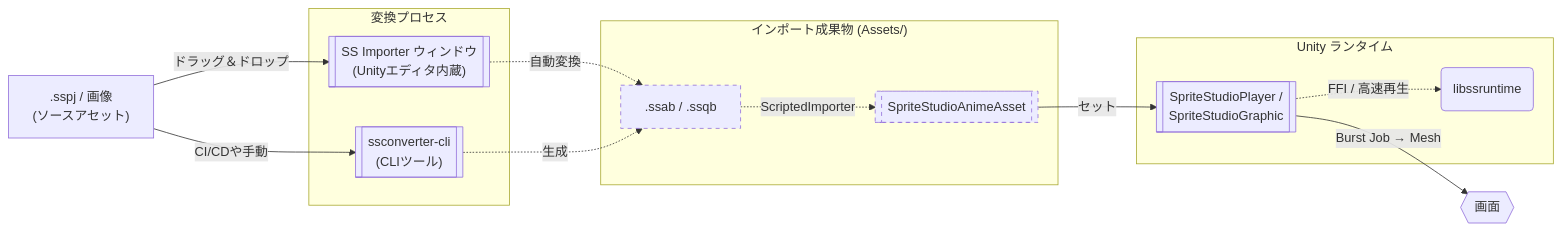
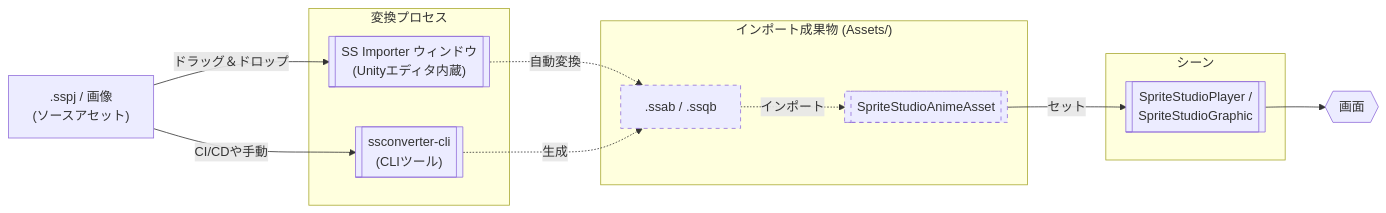
Before and after one commit to cri-middleware/SSPlayerForUnity: the diagram in docs/ja/index.md, drawn with Mermaid. The commit also changed other lines of this file and 3 other files, not shown here.

First line of the commit message:
Describe the Unity importer route, not the player's internals, on the first pages

````diff
--- a/docs/ja/index.md
+++ b/docs/ja/index.md
@@ -46,32 +46,30 @@
 ```mermaid
 graph LR
     SS[" .sspj / 画像<br>(ソースアセット) "]
 
     subgraph Convert ["変換プロセス"]
         IMP[[" SS Importer ウィンドウ<br>(Unityエディタ内蔵) "]]
         CLI[[" ssconverter-cli<br>(CLIツール) "]]
     end
 
     subgraph Asset ["インポート成果物 (Assets/)"]
         BIN[" .ssab / .ssqb "]
         SO[[ SpriteStudioAnimeAsset ]]
     end
 
-    subgraph Runtime ["Unity ランタイム"]
+    subgraph Runtime ["シーン"]
         NODE[[ SpriteStudioPlayer /<br>SpriteStudioGraphic ]]
-        RT(" libssruntime ")
     end
 
     SS -- "ドラッグ＆ドロップ" --> IMP
     SS -- "CI/CDや手動" --> CLI
     IMP -. "自動変換" .-> BIN
     CLI -. "生成" .-> BIN
 
-    BIN -. "ScriptedImporter" .-> SO
+    BIN -. "インポート" .-> SO
     SO -- "セット" --> NODE
-    NODE -. "FFI / 高速再生" .-> RT
-    NODE -- "Burst Job → Mesh" --> RENDER{{" 画面 "}}
+    NODE --> RENDER{{" 画面 "}}
 
     classDef generated stroke-dasharray: 5 5;
     class BIN,SO generated;
 ```
````
